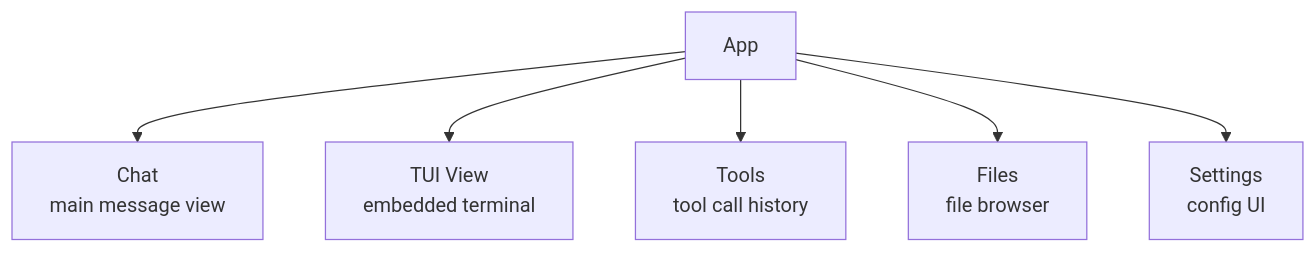
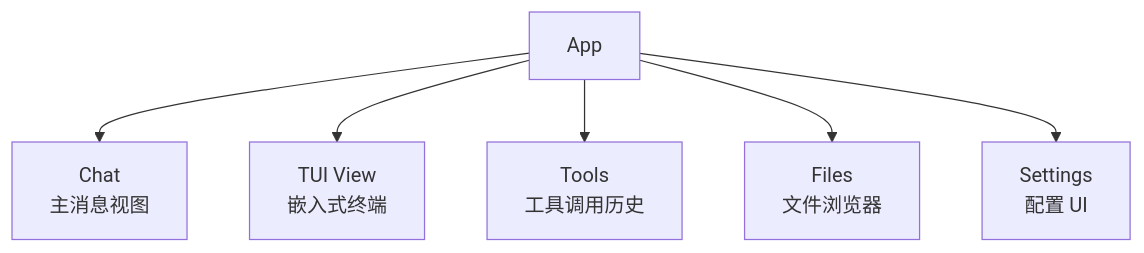
One commit to YeLuo45/oh-my-pi-design changed the second of 6 diagrams in docs-site/docs/14-collab-web.md. Above: the diagram before and after it, drawn with Mermaid. The commit also changed other lines of this file and 37 other files, not shown here.

````diff
--- a/docs-site/docs/14-collab-web.md
+++ b/docs-site/docs/14-collab-web.md
@@ -47,8 +47,8 @@
 ```mermaid
 graph TB
-  App[App] --> Chat[Chat<br/>main message view]
-  App --> TUIView[TUI View<br/>embedded terminal]
-  App --> Tools[Tools<br/>tool call history]
-  App --> Files[Files<br/>file browser]
-  App --> Settings[Settings<br/>config UI]
+  App[App] --> Chat[Chat<br/>主消息视图]
+  App --> TUIView[TUI View<br/>嵌入式终端]
+  App --> Tools[Tools<br/>工具调用历史]
+  App --> Files[Files<br/>文件浏览器]
+  App --> Settings[Settings<br/>配置 UI]
 ```
````
